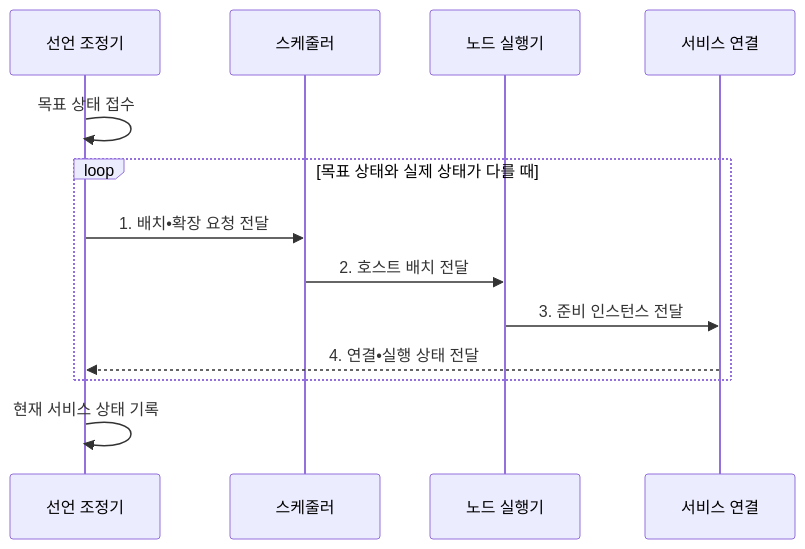
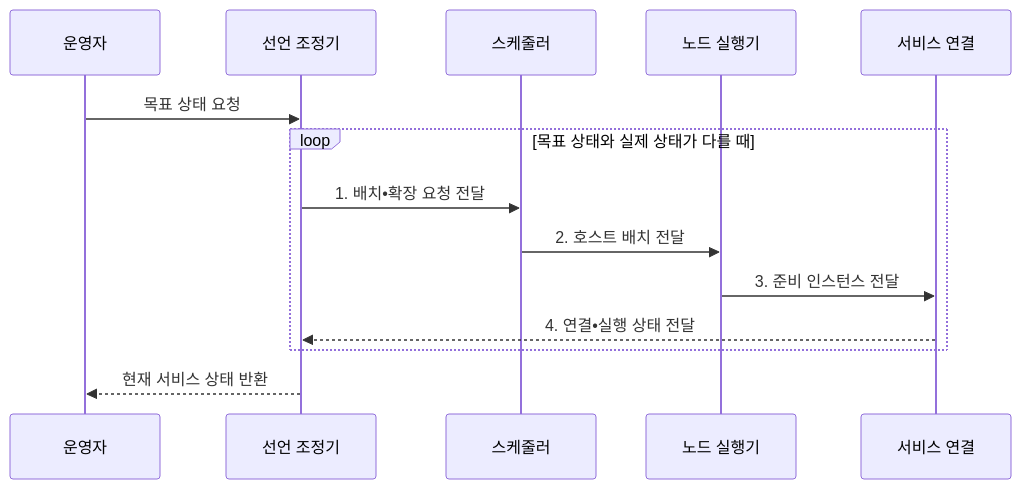
One commit to agnusdei1207/knowledge-base changed the second of 2 diagrams in src/content/docs/notes/08-latest-tech/159_container_orchestration.md. Above: the diagram before and after it, drawn with Mermaid. The commit also changed other lines of this file and 20 other files, not shown here.

````diff
--- a/src/content/docs/notes/08-latest-tech/159_container_orchestration.md
+++ b/src/content/docs/notes/08-latest-tech/159_container_orchestration.md
@@ -105,15 +105,16 @@
 ```mermaid
 sequenceDiagram
+    participant U as 운영자
     participant R as 선언 조정기
     participant S as 스케줄러
     participant N as 노드 실행기
     participant D as 서비스 연결
-    R->>R: 목표 상태 접수
+    U->>R: 목표 상태 요청
     loop 목표 상태와 실제 상태가 다를 때
         R->>S: 1. 배치•확장 요청 전달
         S->>N: 2. 호스트 배치 전달
         N->>D: 3. 준비 인스턴스 전달
         D-->>R: 4. 연결•실행 상태 전달
     end
-    R->>R: 현재 서비스 상태 기록
+    R-->>U: 현재 서비스 상태 반환
 ```
````
